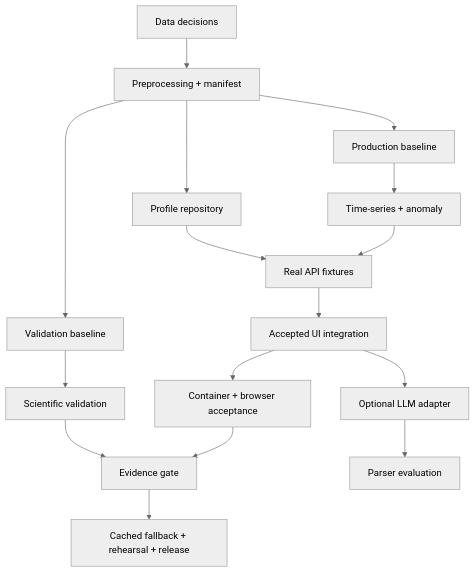
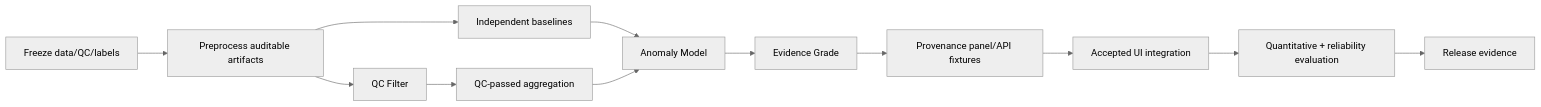
The diagram in docs/FloatChat-Lite_Detailed_Project_Roadmap.md (dhruvwarriorr/floatchat), drawn with Mermaid (neutral theme) before and after one commit. The commit also changed other lines of this file and 32 other files, not shown here.

````diff
--- a/docs/FloatChat-Lite_Detailed_Project_Roadmap.md
+++ b/docs/FloatChat-Lite_Detailed_Project_Roadmap.md
@@ -125,18 +9,14 @@
 ```mermaid
-flowchart TD
-    A[Data decisions] --> B[Preprocessing + manifest]
-    B --> C[Production baseline]
-    B --> D[Validation baseline]
-    B --> E[Profile repository]
-    C --> F[Time-series + anomaly]
-    E --> G[Real API fixtures]
-    F --> G
-    G --> H[Accepted UI integration]
-    D --> I[Scientific validation]
-    H --> J[Container + browser acceptance]
-    I --> K[Evidence gate]
-    J --> K
-    K --> L[Cached fallback + rehearsal + release]
-    H --> M[Optional LLM adapter]
-    M --> N[Parser evaluation]
+flowchart LR
+    A[Freeze data/QC/labels] --> B[Preprocess auditable artifacts]
+    B --> C[QC Filter]
+    B --> D[Independent baselines]
+    C --> E[QC-passed aggregation]
+    D --> F[Anomaly Model]
+    E --> F
+    F --> G[Evidence Grade]
+    G --> H[Provenance panel/API fixtures]
+    H --> I[Accepted UI integration]
+    I --> J[Quantitative + reliability evaluation]
+    J --> K[Release evidence]
 ```
````
